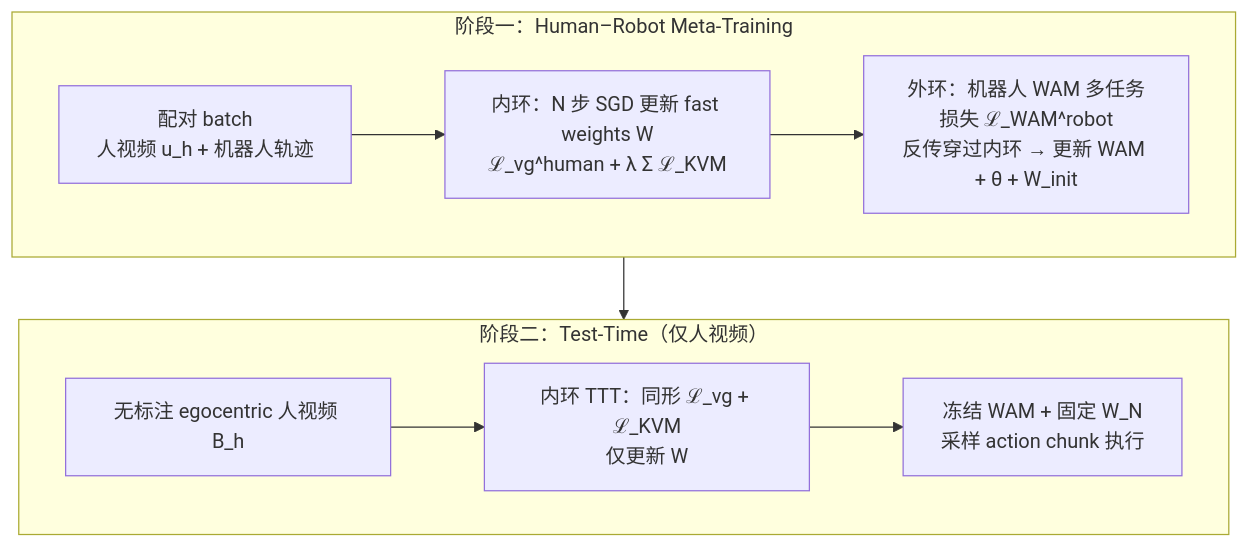
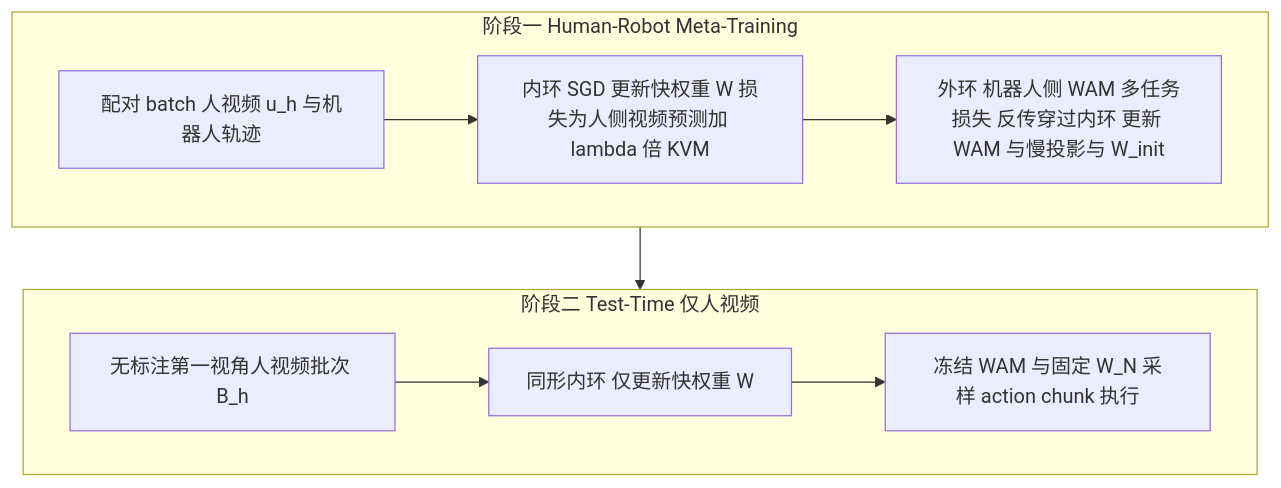
One commit to ImChong/Robotics_Notebooks changed the diagram in wiki/entities/paper-wam-ttt-human-video-test-time-steering.md. Above: the diagram before and after it, drawn with Mermaid. The commit also changed other lines of this file and 196 other files, not shown here.

````diff
--- a/wiki/entities/paper-wam-ttt-human-video-test-time-steering.md
+++ b/wiki/entities/paper-wam-ttt-human-video-test-time-steering.md
@@ -92,18 +93,16 @@
 ```mermaid
 flowchart TB
-  subgraph meta["阶段一：Human–Robot Meta-Training"]
-    PH["配对 batch\n人视频 u_h + 机器人轨迹"]
-    INNER["内环：N 步 SGD 更新 fast weights W\nℒ_vg^human + λ Σ ℒ_KVM"]
-    OUTER["外环：机器人 WAM 多任务损失 ℒ_WAM^robot\n反传穿过内环 → 更新 WAM + θ + W_init"]
+  subgraph meta["阶段一 Human-Robot Meta-Training"]
+    PH["配对 batch 人视频 u_h 与机器人轨迹"]
+    INNER["内环 SGD 更新快权重 W 损失为人侧视频预测加 lambda 倍 KVM"]
+    OUTER["外环 机器人侧 WAM 多任务损失 反传穿过内环 更新 WAM 与慢投影与 W_init"]
     PH --> INNER --> OUTER
   end
-
-  subgraph deploy["阶段二：Test-Time（仅人视频）"]
-    HV["无标注 egocentric 人视频 B_h"]
-    TTT["内环 TTT：同形 ℒ_vg + ℒ_KVM\n仅更新 W"]
-    ROLL["冻结 WAM + 固定 W_N\n采样 action chunk 执行"]
+  subgraph deploy["阶段二 Test-Time 仅人视频"]
+    HV["无标注第一视角人视频批次 B_h"]
+    TTT["同形内环 仅更新快权重 W"]
+    ROLL["冻结 WAM 与固定 W_N 采样 action chunk 执行"]
     HV --> TTT --> ROLL
   end
-
   meta --> deploy
 ```
````
